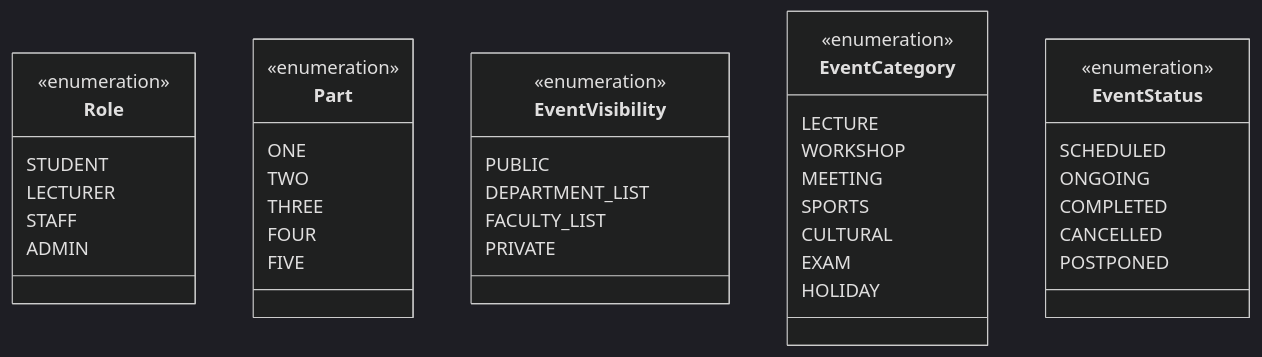
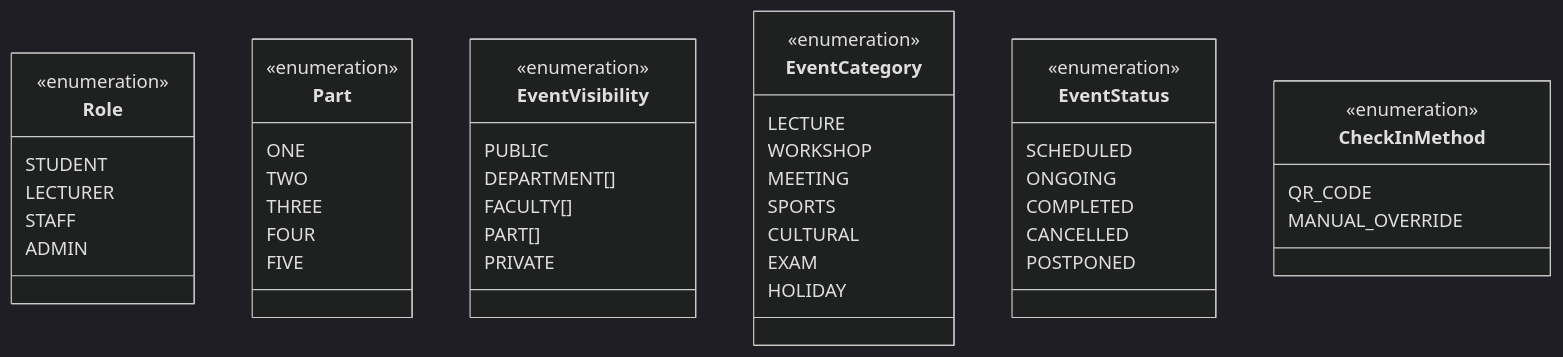
One commit to CampusUniverse/models changed the first of 2 diagrams in user-event.md. Above: the diagram before and after it, drawn with Mermaid (dark theme). The commit also changed other lines of this file, not shown here.

````diff
--- a/user-event.md
+++ b/user-event.md
@@ -1,48 +1,55 @@
 ``` mermaid
 classDiagram
    class Role {
         STUDENT
         LECTURER
         STAFF
         ADMIN
     }
 
     class Part {
         ONE
         TWO
         THREE
         FOUR
         FIVE
     }
 
     class EventVisibility {
         PUBLIC
-        DEPARTMENT_LIST
-        FACULTY_LIST
+        DEPARTMENT[]
+        FACULTY[]
+        PART[]
         PRIVATE
     }
 
     class EventCategory {
         LECTURE
         WORKSHOP
         MEETING
         SPORTS
         CULTURAL
         EXAM
         HOLIDAY
     }
 
     class EventStatus {
         SCHEDULED
         ONGOING
         COMPLETED
         CANCELLED
         POSTPONED
     }
 
+    class CheckInMethod {
+        QR_CODE
+        MANUAL_OVERRIDE
+    }
+
 <<enumeration>> Role
 <<enumeration>> EventStatus
 <<enumeration>> EventCategory
 <<enumeration>> EventVisibility
 <<enumeration>> Part
+<<enumeration>> CheckInMethod
 ```
````
